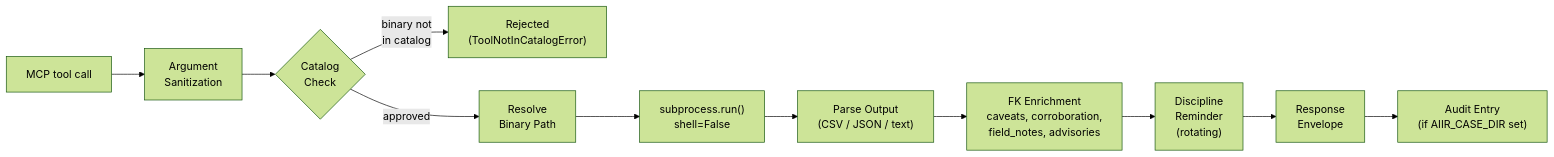
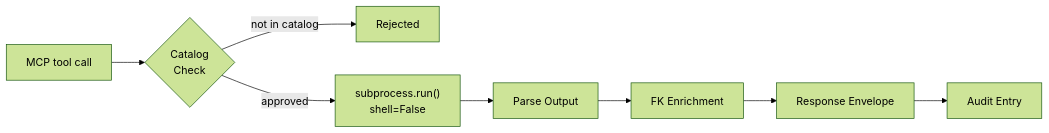
The second of 2 diagrams in README.md (AppliedIR/sift-mcp), drawn with Mermaid (forest theme) before and after one commit. The commit also changed other lines of this file, not shown here.

````diff
--- a/README.md
+++ b/README.md
@@ -37,13 +21,10 @@
 ```mermaid
 graph LR
-    REQ["MCP tool call"] --> SEC["Argument<br/>Sanitization"]
-    SEC --> CAT{"Catalog<br/>Check"}
-    CAT -->|"binary not<br/>in catalog"| REJECT["Rejected<br/>(ToolNotInCatalogError)"]
-    CAT -->|"approved"| RESOLVE["Resolve<br/>Binary Path"]
-    RESOLVE --> EXEC["subprocess.run()<br/>shell=False"]
-    EXEC --> PARSE["Parse Output<br/>(CSV / JSON / text)"]
-    PARSE --> ENRICH["FK Enrichment<br/>caveats, corroboration,<br/>field_notes, advisories"]
-    ENRICH --> DISC["Discipline<br/>Reminder<br/>(rotating)"]
-    DISC --> RESP["Response<br/>Envelope"]
-    RESP --> AUDIT["Audit Entry<br/>(if AIIR_CASE_DIR set)"]
+    REQ["MCP tool call"] --> CAT{"Catalog<br/>Check"}
+    CAT -->|"not in catalog"| REJECT["Rejected"]
+    CAT -->|"approved"| EXEC["subprocess.run()<br/>shell=False"]
+    EXEC --> PARSE["Parse Output"]
+    PARSE --> ENRICH["FK Enrichment"]
+    ENRICH --> RESP["Response Envelope"]
+    RESP --> AUDIT["Audit Entry"]
 ```
````
